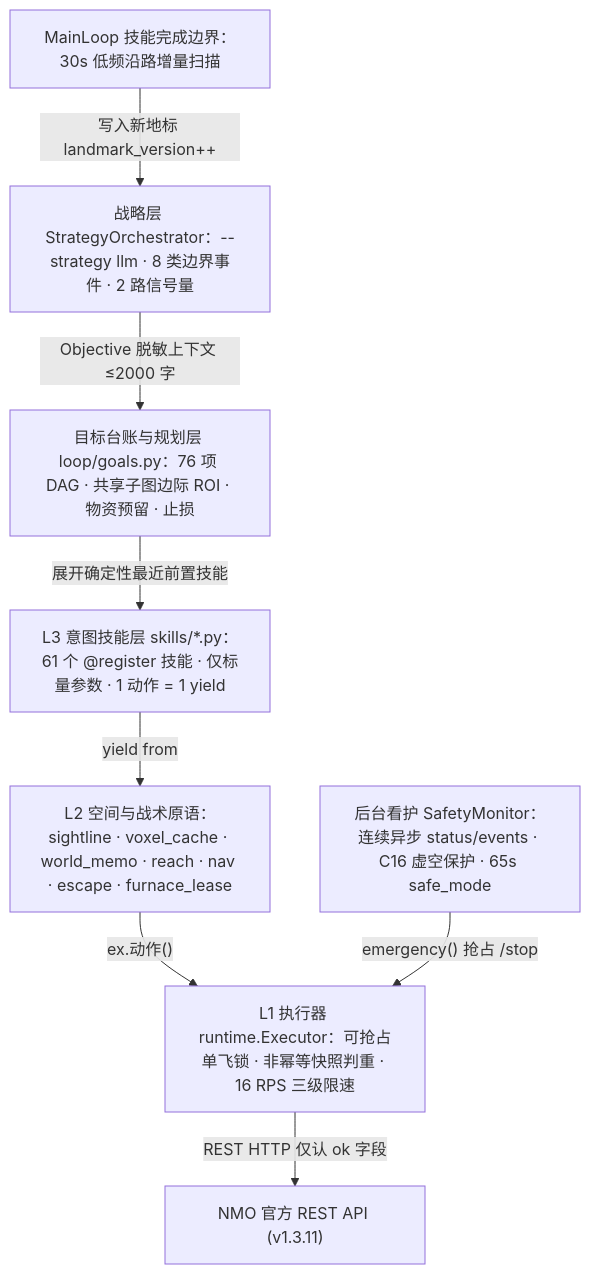
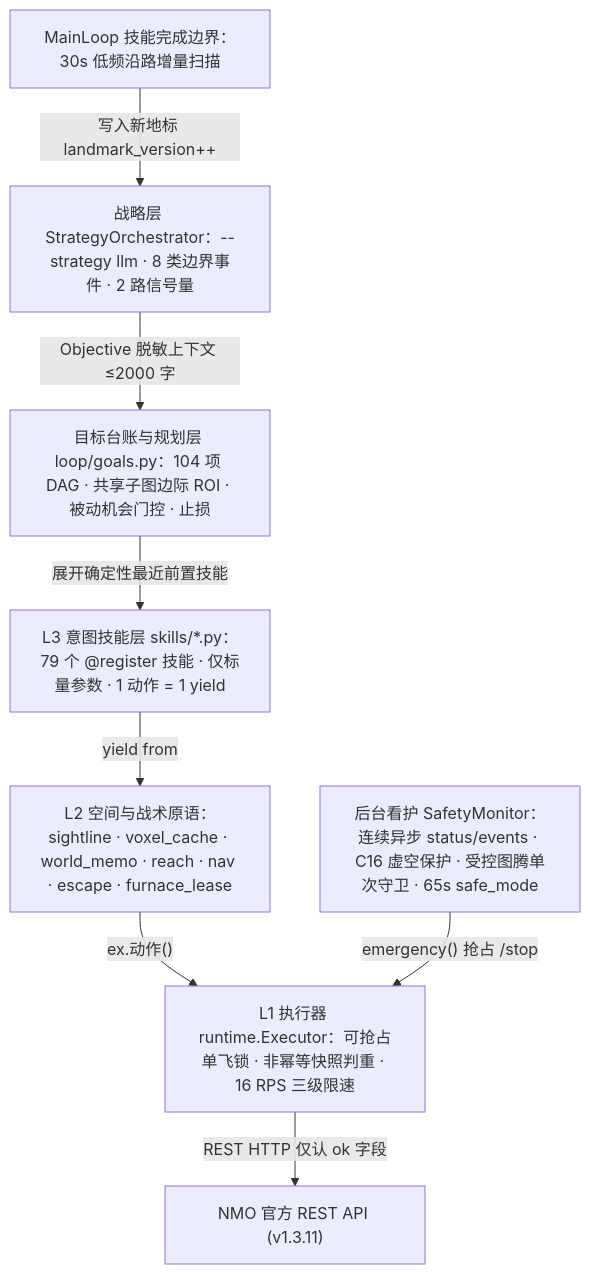
One commit to qingyanzhuyu/mc-agent-2026 changed the diagram in report.md. Above: the diagram before and after it, drawn with Mermaid. The commit also changed other lines of this file and 4 other files, not shown here.

Commit message:
docs: sync README, review materials, report.md and report.pdf to Stage 3 baseline (79 skills / 104 goals / 1397 tests)

````diff
--- a/report.md
+++ b/report.md
@@ -30,10 +30,10 @@
 ```mermaid
 flowchart TD
-    S["战略层 StrategyOrchestrator：--strategy llm · 8 类边界事件 · 2 路信号量"] -->|"Objective 脱敏上下文 ≤2000 字"| G["目标台账与规划层 loop/goals.py：76 项 DAG · 共享子图边际 ROI · 物资预留 · 止损"]
-    G -->|"展开确定性最近前置技能"| L3["L3 意图技能层 skills/*.py：61 个 @register 技能 · 仅标量参数 · 1 动作 = 1 yield"]
+    S["战略层 StrategyOrchestrator：--strategy llm · 8 类边界事件 · 2 路信号量"] -->|"Objective 脱敏上下文 ≤2000 字"| G["目标台账与规划层 loop/goals.py：104 项 DAG · 共享子图边际 ROI · 被动机会门控 · 止损"]
+    G -->|"展开确定性最近前置技能"| L3["L3 意图技能层 skills/*.py：79 个 @register 技能 · 仅标量参数 · 1 动作 = 1 yield"]
     L3 -->|"yield from"| L2["L2 空间与战术原语：sightline · voxel_cache · world_memo · reach · nav · escape · furnace_lease"]
     L2 -->|"ex.动作()"| L1["L1 执行器 runtime.Executor：可抢占单飞锁 · 非幂等快照判重 · 16 RPS 三级限速"]
-    M["后台看护 SafetyMonitor：连续异步 status/events · C16 虚空保护 · 65s safe_mode"] -->|"emergency() 抢占 /stop"| L1
+    M["后台看护 SafetyMonitor：连续异步 status/events · C16 虚空保护 · 受控图腾单次守卫 · 65s safe_mode"] -->|"emergency() 抢占 /stop"| L1
     L1 -->|"REST HTTP 仅认 ok 字段"| API["NMO 官方 REST API (v1.3.11)"]
     E["MainLoop 技能完成边界：30s 低频沿路增量扫描"] -->|"写入新地标 landmark_version++"| S
 ```
````
